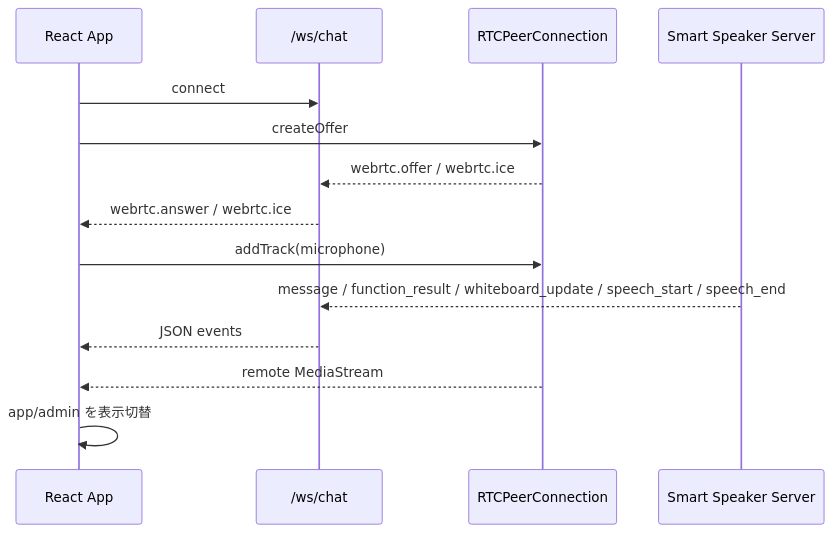
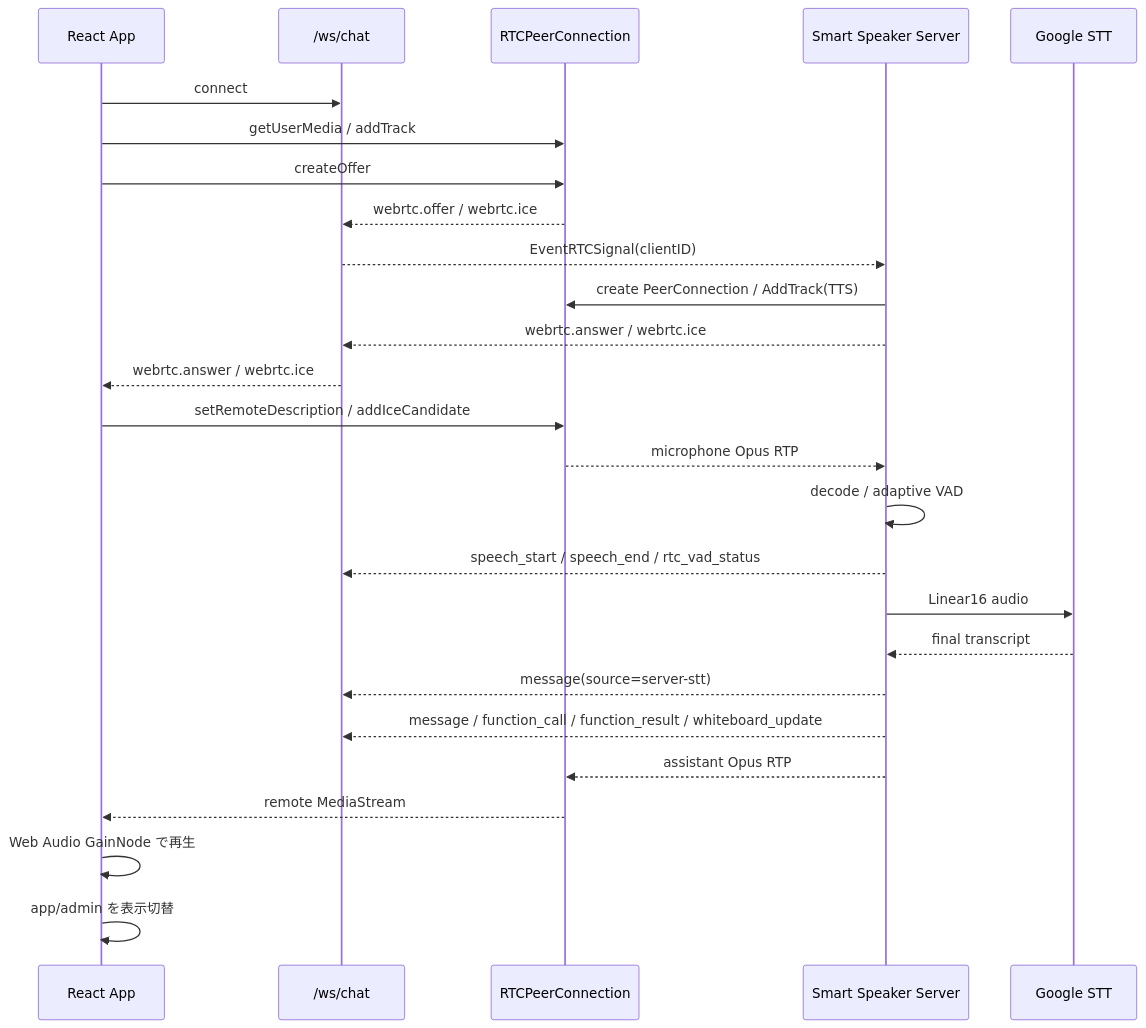
The diagram in docs/Webフロントと接続ライフサイクル.md (tetetratra/smart-speaker), drawn with Mermaid before and after one commit. The commit also changed other lines of this file and 10 other files, not shown here.

````diff
--- a/docs/Webフロントと接続ライフサイクル.md
+++ b/docs/Webフロントと接続ライフサイクル.md
@@ -82,17 +122,29 @@
 ```mermaid
 sequenceDiagram
 	participant UI as React App
 	participant WS as /ws/chat
 	participant RTC as RTCPeerConnection
 	participant S as Smart Speaker Server
+	participant STT as Google STT
 
 	UI->>WS: connect
+	UI->>RTC: getUserMedia / addTrack
 	UI->>RTC: createOffer
 	RTC-->>WS: webrtc.offer / webrtc.ice
+	WS-->>S: EventRTCSignal(clientID)
+	S->>RTC: create PeerConnection / AddTrack(TTS)
+	S-->>WS: webrtc.answer / webrtc.ice
 	WS-->>UI: webrtc.answer / webrtc.ice
-	UI->>RTC: addTrack(microphone)
-	S-->>WS: message / function_result / whiteboard_update / speech_start / speech_end
-	WS-->>UI: JSON events
+	UI->>RTC: setRemoteDescription / addIceCandidate
+	RTC-->>S: microphone Opus RTP
+	S->>S: decode / adaptive VAD
+	S-->>WS: speech_start / speech_end / rtc_vad_status
+	S->>STT: Linear16 audio
+	STT-->>S: final transcript
+	S-->>WS: message(source=server-stt)
+	S-->>WS: message / function_call / function_result / whiteboard_update
+	S-->>RTC: assistant Opus RTP
 	RTC-->>UI: remote MediaStream
+	UI->>UI: Web Audio GainNode で再生
 	UI->>UI: app/admin を表示切替
 ```
````
